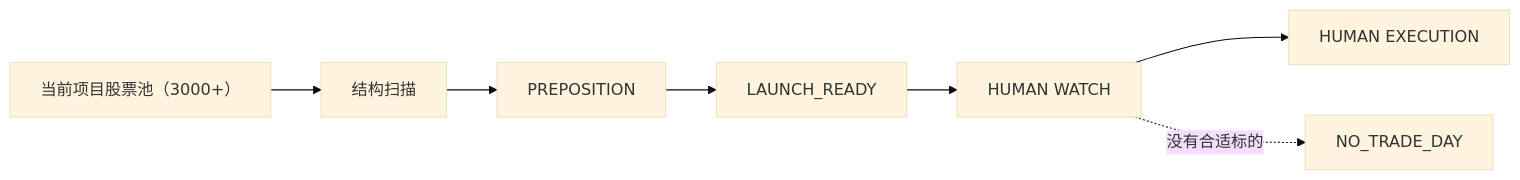
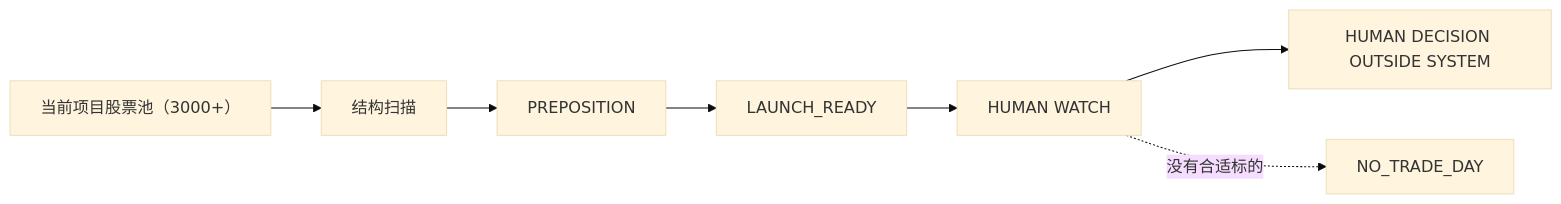
One commit to Luke808real/a-share-limit-pullback changed the diagram in README.md. Above: the diagram before and after it, drawn with Mermaid (base theme). The commit also changed other lines of this file and 167 other files, not shown here.

````diff
--- a/README.md
+++ b/README.md
@@ -35,9 +47,9 @@
 ```mermaid
 flowchart LR
     A[当前项目股票池（3000+）] --> B[结构扫描]
     B --> C[PREPOSITION]
     C --> D[LAUNCH_READY]
     D --> E[HUMAN WATCH]
-    E --> F[HUMAN EXECUTION]
+    E --> F[HUMAN DECISION OUTSIDE SYSTEM]
     E -. 没有合适标的 .-> G[NO_TRADE_DAY]
 ```
````
